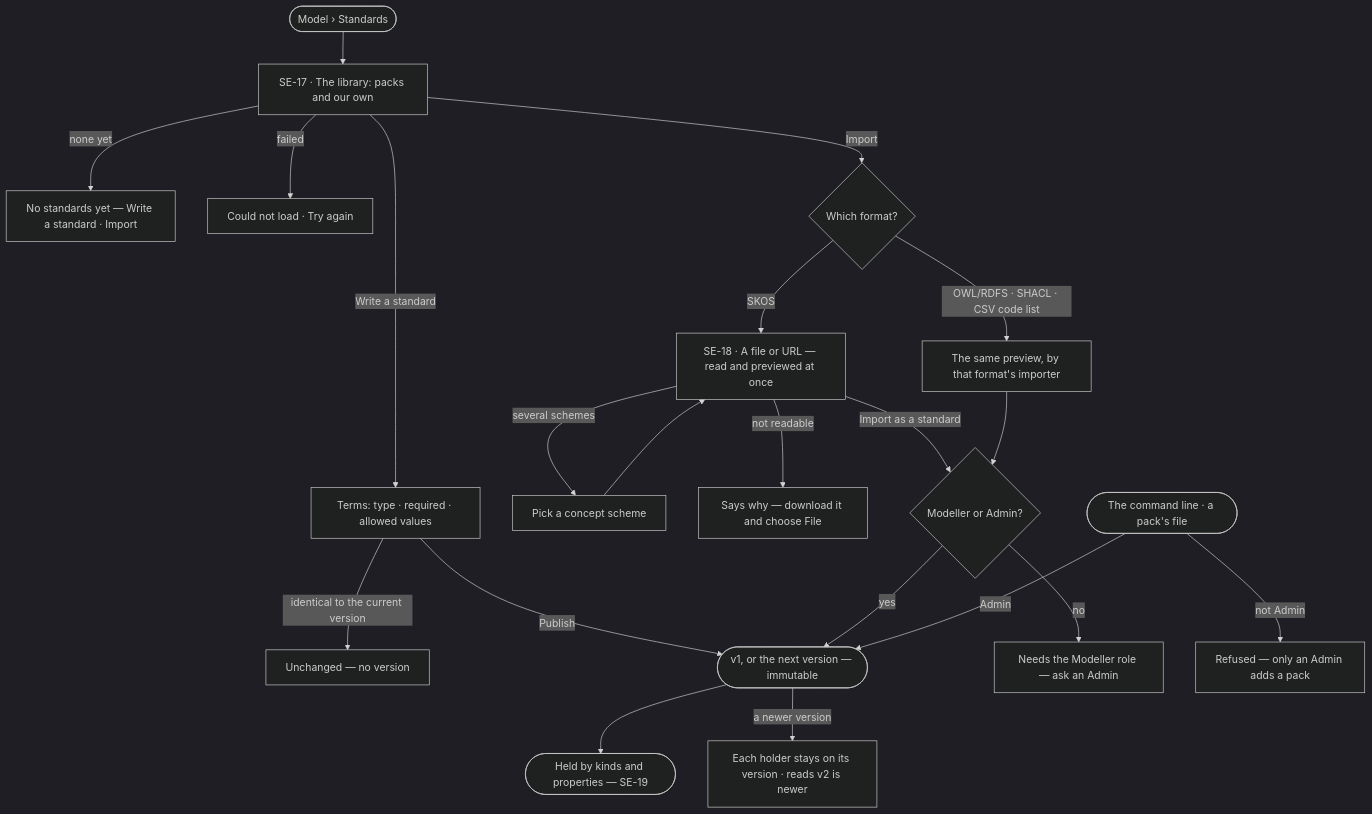
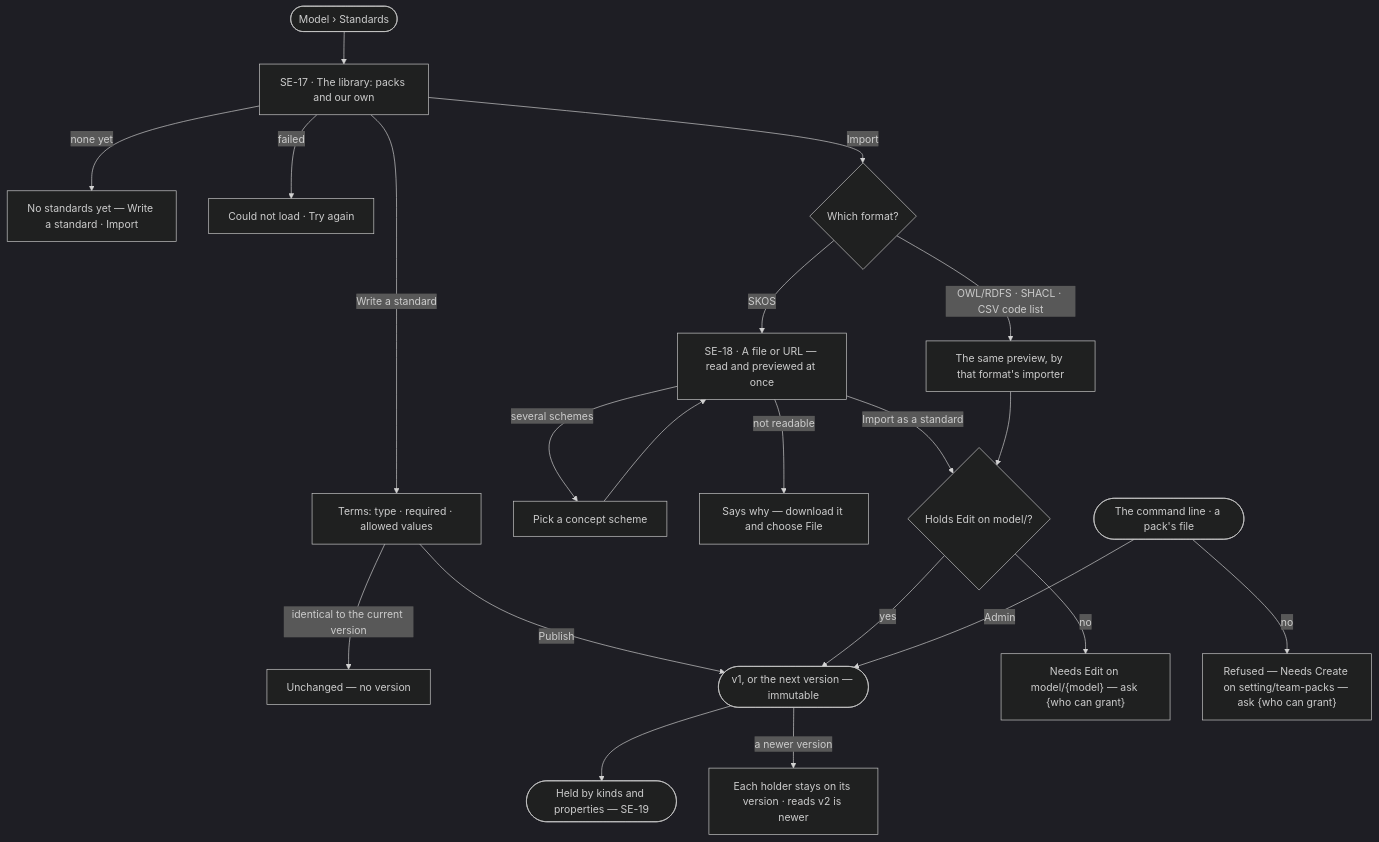
Before and after one commit to invana/invana: the diagram in specs/capabilities/semantics/features/SE-F05-standards/feature.md, drawn with Mermaid (dark theme). The commit also changed other lines of this file and 228 other files, not shown here.

````diff
--- a/specs/capabilities/semantics/features/SE-F05-standards/feature.md
+++ b/specs/capabilities/semantics/features/SE-F05-standards/feature.md
@@ -23,22 +23,22 @@
 ```mermaid
 flowchart TD
   start([Model › Standards]) --> lib["SE-17 · The library: packs and our own"]
   lib -->|none yet| l0["No standards yet — Write a standard · Import"]
   lib -->|failed| lx["Could not load · Try again"]
   lib -->|Write a standard| w["Terms: type · required · allowed values"]
   w -->|identical to the current version| wu["Unchanged — no version"]
   w -->|Publish| sv(["v1, or the next version — immutable"])
   lib -->|Import| fmt{Which format?}
   fmt -->|SKOS| sk["SE-18 · A file or URL — read and previewed at once"]
   fmt -->|OWL/RDFS · SHACL · CSV code list| ot["The same preview, by that format's importer"]
   sk -->|several schemes| pk["Pick a concept scheme"] --> sk
   sk -->|not readable| skx["Says why — download it and choose File"]
-  sk -->|Import as a standard| own{Modeller or Admin?}
+  sk -->|Import as a standard| own{"Holds Edit on model/<model>?"}
   ot --> own
-  own -->|no| ox["Needs the Modeller role — ask an Admin"]
+  own -->|no| ox["Needs Edit on model/{model} — ask {who can grant}"]
   own -->|yes| sv
   cli([The command line · a pack's file]) -->|Admin| sv
-  cli -->|not Admin| px["Refused — only an Admin adds a pack"]
+  cli -->|no| px["Refused — Needs Create on setting/team-packs — ask {who can grant}"]
   sv --> held(["Held by kinds and properties — SE-19"])
   sv -->|a newer version| pin["Each holder stays on its version · reads v2 is newer"]
 ```
````
